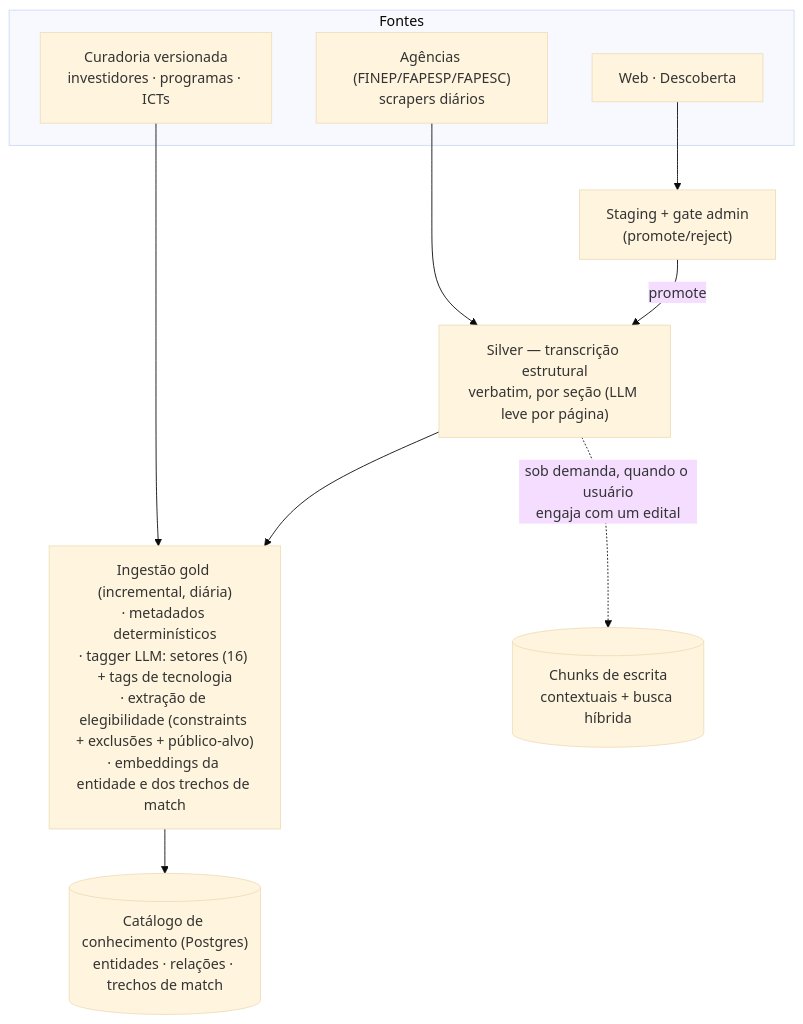
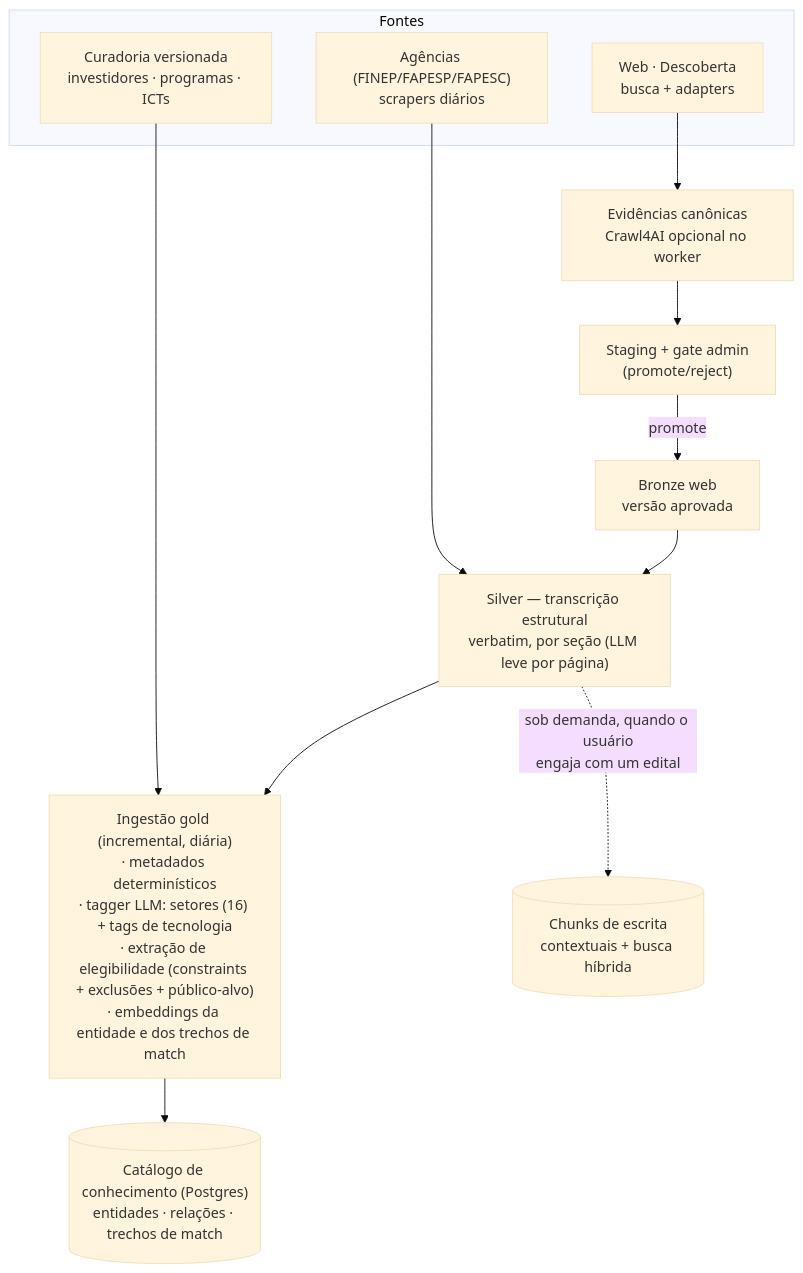
Before and after one commit to lucasborgs/radar_editais: the second of 3 diagrams in docs/architecture.md, drawn with Mermaid (base theme). The commit also changed other lines of this file and 1 other file, not shown here.

Commit message:
docs(discovery): document evidence and promotion flow

````diff
--- a/docs/architecture.md
+++ b/docs/architecture.md
@@ -43,19 +43,21 @@
 ```mermaid
 flowchart TB
   subgraph FONTES["Fontes"]
     AG["Agências (FINEP/FAPESP/FAPESC)<br/>scrapers diários"]
-    WEB["Web · Descoberta"]
+    WEB["Web · Descoberta<br/>busca + adapters"]
     CUR["Curadoria versionada<br/>investidores · programas · ICTs"]
   end
 
-  WEB --> GATE["Staging + gate admin<br/>(promote/reject)"]
-  GATE -->|promote| SILVER
+  WEB --> EVID["Evidências canônicas<br/>Crawl4AI opcional no worker"]
+  EVID --> GATE["Staging + gate admin<br/>(promote/reject)"]
+  GATE -->|promote| BRONZE["Bronze web<br/>versão aprovada"]
+  BRONZE --> SILVER
   AG --> SILVER["Silver — transcrição estrutural<br/>verbatim, por seção (LLM leve por página)"]
 
   SILVER --> INGEST["Ingestão gold (incremental, diária)<br/>· metadados determinísticos<br/>· tagger LLM: setores (16) + tags de tecnologia<br/>· extração de elegibilidade (constraints + exclusões + público-alvo)<br/>· embeddings da entidade e dos trechos de match"]
   CUR --> INGEST
 
   INGEST --> KG[("Catálogo de conhecimento (Postgres)<br/>entidades · relações · trechos de match")]
 
   SILVER -.->|"sob demanda, quando o usuário<br/>engaja com um edital"| RAGCHUNKS[("Chunks de escrita<br/>contextuais + busca híbrida")]
 ```
````
